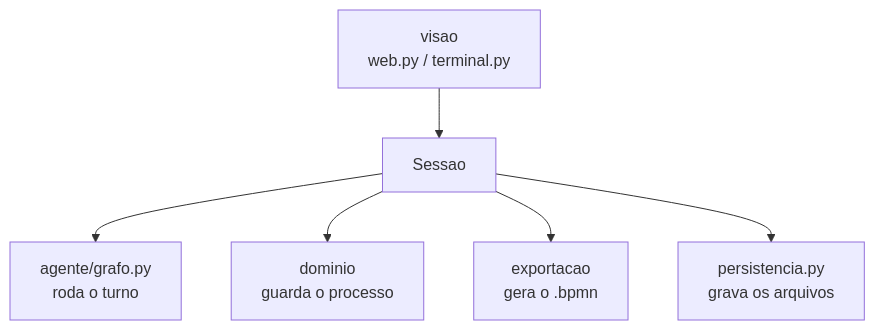
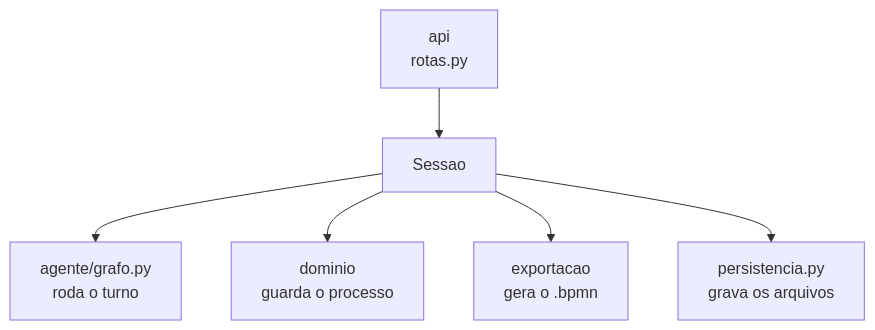
The first of 3 diagrams in docs/pecas/sessao.md (arthurparahyba/bpmn-agent), drawn with Mermaid before and after one commit. The commit also changed other lines of this file and 13 other files, not shown here.

````diff
--- a/docs/pecas/sessao.md
+++ b/docs/pecas/sessao.md
@@ -20,8 +20,8 @@
 ```mermaid
 flowchart TB
-    V["visao<br/>web.py / terminal.py"] --> S["Sessao"]
+    V["api<br/>rotas.py"] --> S["Sessao"]
     S --> G["agente/grafo.py<br/>roda o turno"]
     S --> M["dominio<br/>guarda o processo"]
     S --> E["exportacao<br/>gera o .bpmn"]
     S --> P["persistencia.py<br/>grava os arquivos"]
 ```
````
